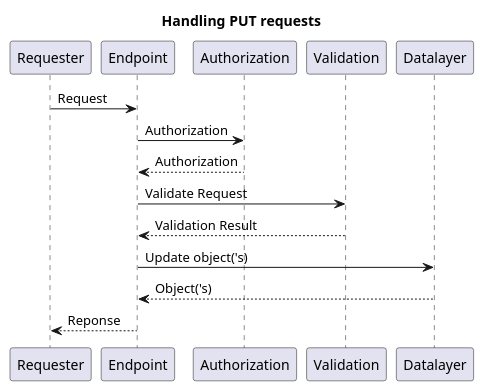
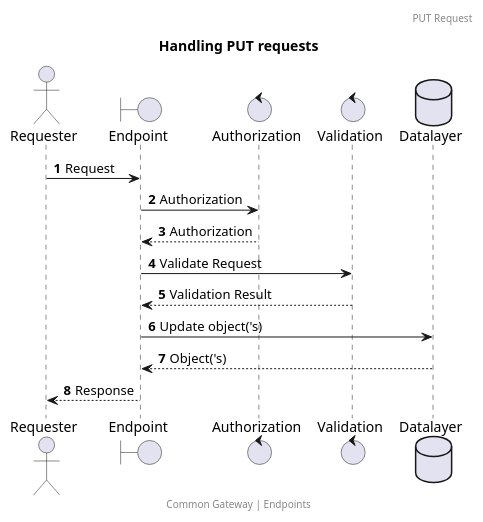
One commit to CommonGateway/CoreBundle changed the diagram in docs/features/request_put.puml. Above: the diagram before and after it, drawn with PlantUML. The commit also changed 6 other files, not shown here.

```diff
--- a/docs/features/request_put.puml
+++ b/docs/features/request_put.puml
@@ -1,11 +1,21 @@
 @startuml
 title: Handling PUT requests
+footer: Common Gateway | Endpoints
+header: PUT Request
+autonumber
+
+actor       Requester        as Requester
+boundary    Endpoint         as Endpoint
+control     Authorization    as Authorization
+control     Validation       as Validation
+database    Datalayer        as Datalayer
+
 Requester -> Endpoint: Request
 Endpoint -> Authorization  : Authorization
 Authorization --> Endpoint  : Authorization
 Endpoint -> Validation : Validate Request
 Validation --> Endpoint : Validation Result
 Endpoint -> Datalayer: Update object('s)
 Datalayer --> Endpoint : Object('s)
-Endpoint --> Requester: Reponse
+Endpoint --> Requester: Response
 @enduml
```
